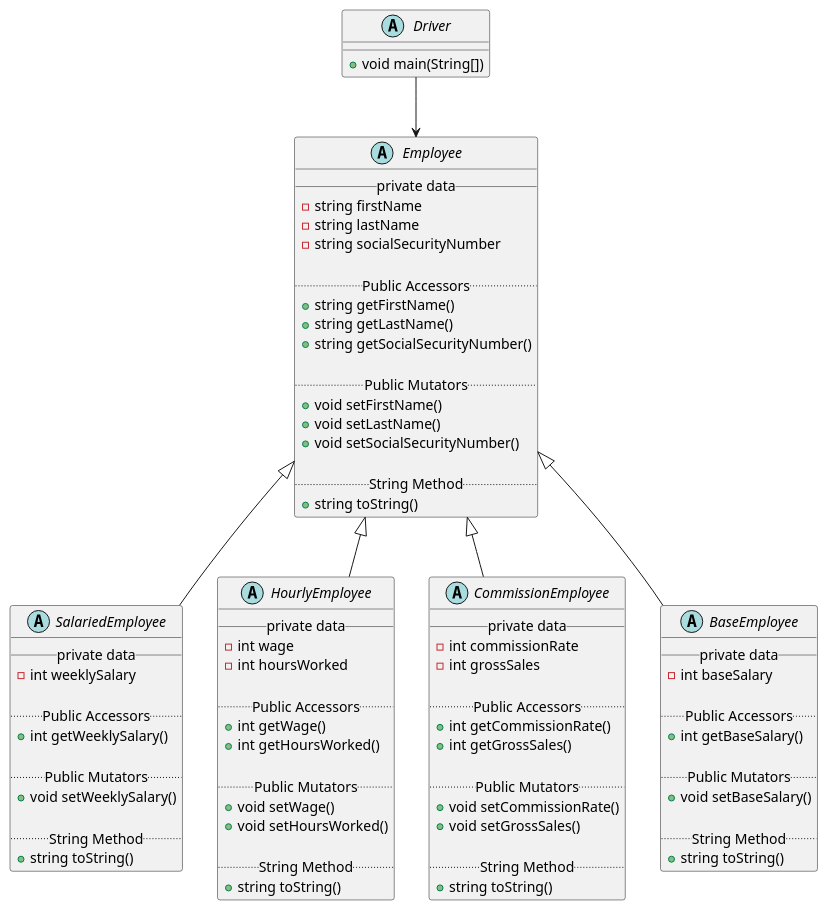
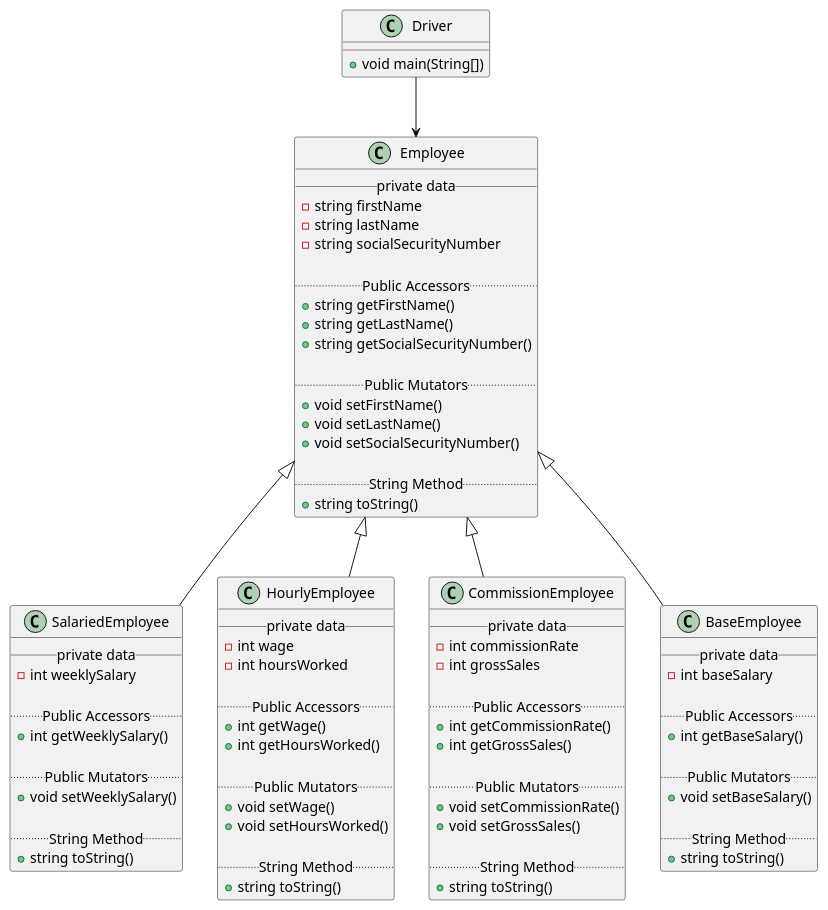
Before and after one commit to stephaniePocci/PlantUML: the diagram in src/Employee.puml, drawn with PlantUML. The commit also changed 1 other file, not shown here.

Commit message:
Created ship UML diagram

```diff
--- a/src/Employee.puml
+++ b/src/Employee.puml
@@ -1,92 +1,92 @@
 @startuml
 'https://plantuml.com/class-diagram
 
-abstract class Employee {
+class Employee {
     __ private data__
     - string firstName
     - string lastName
     - string socialSecurityNumber
 
     ..Public Accessors..
     + string getFirstName()
     + string getLastName()
     + string getSocialSecurityNumber()
 
     ..Public Mutators..
     + void setFirstName()
     + void setLastName()
     + void setSocialSecurityNumber()
 
     ..String Method..
     + string toString()
 }
 
-abstract class SalariedEmployee extends Employee {
+class SalariedEmployee extends Employee {
     __private data__
     - int weeklySalary
 
     ..Public Accessors..
     + int getWeeklySalary()
 
     ..Public Mutators..
     + void setWeeklySalary()
 
     ..String Method..
     + string toString()
 }
 
-abstract class HourlyEmployee extends Employee {
+class HourlyEmployee extends Employee {
     __private data__
     - int wage
     - int hoursWorked
 
     ..Public Accessors..
     + int getWage()
     + int getHoursWorked()
 
     ..Public Mutators..
     + void setWage()
     + void setHoursWorked()
 
     ..String Method..
     + string toString()
 }
 
-abstract class CommissionEmployee extends Employee {
+class CommissionEmployee extends Employee {
     __private data__
     - int commissionRate
     - int grossSales
 
     ..Public Accessors..
     + int getCommissionRate()
     + int getGrossSales()
 
     ..Public Mutators..
     + void setCommissionRate()
     + void setGrossSales()
 
     ..String Method..
     + string toString()
 }
 
-abstract class BaseEmployee extends Employee {
+class BaseEmployee extends Employee {
     __private data__
     - int baseSalary
 
     ..Public Accessors..
     + int getBaseSalary()
 
     ..Public Mutators..
     + void setBaseSalary()
 
     ..String Method..
     + string toString()
 }
 
-abstract class Driver {
+class Driver {
     + void main(String[])
 }
 
 Driver --> Employee
 
 @enduml
```
